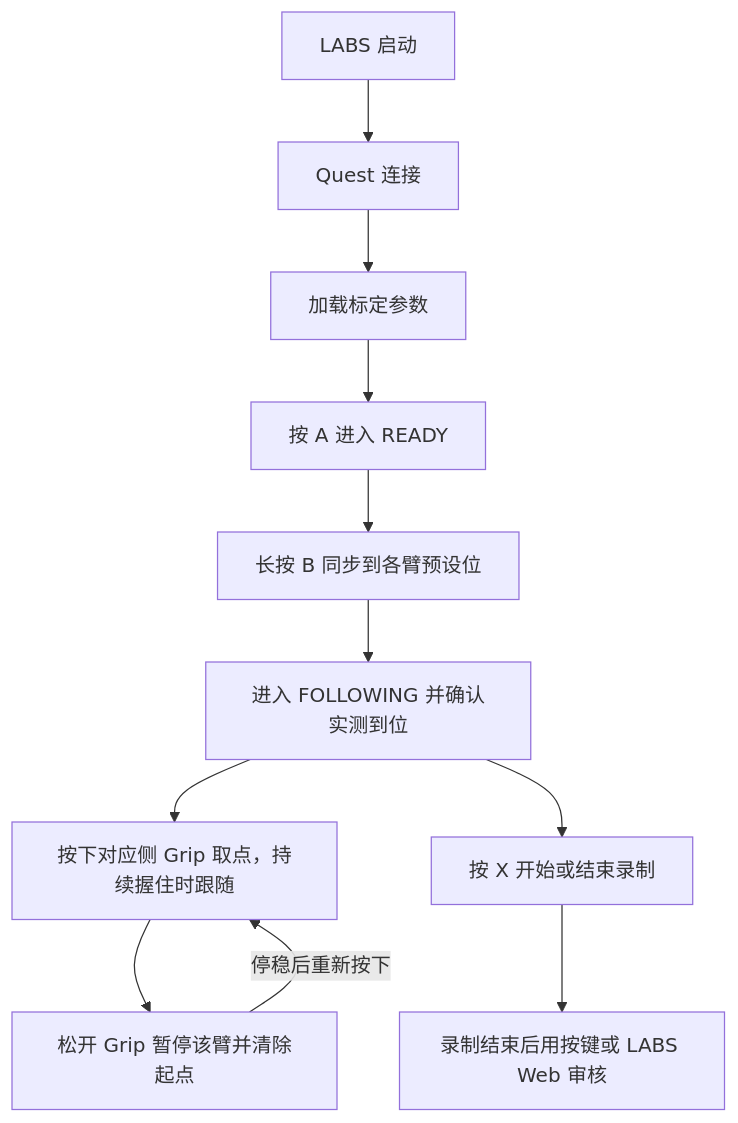
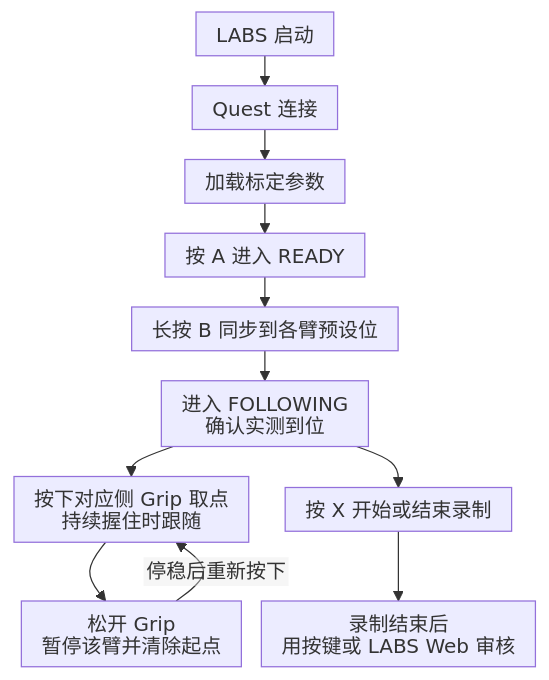
The seventh of 7 diagrams in Quest.md (YYxzz8866/Quest-Proposal), drawn with Mermaid before and after one commit. The commit also changed other lines of this file and 9 other files, not shown here.

````diff
--- a/Quest.md
+++ b/Quest.md
@@ -841,21 +847,22 @@
 ```mermaid
+%%{init: {"htmlLabels": false, "flowchart": {"htmlLabels": false, "useMaxWidth": true, "nodeSpacing": 16, "rankSpacing": 24, "padding": 8}}}%%
 flowchart TD
     N0["LABS 启动"]
     N1["Quest 连接"]
     N2["加载标定参数"]
     N3["按 A 进入 READY"]
     N4["长按 B 同步到各臂预设位"]
-    Arrived["进入 FOLLOWING 并确认实测到位"]
-    N5["按下对应侧 Grip 取点，持续握住时跟随"]
+    Arrived["进入 FOLLOWING<br/>确认实测到位"]
+    N5["按下对应侧 Grip 取点<br/>持续握住时跟随"]
     N6["按 X 开始或结束录制"]
-    N7["松开 Grip 暂停该臂并清除起点"]
-    N8["录制结束后用按键或 LABS Web 审核"]
+    N7["松开 Grip<br/>暂停该臂并清除起点"]
+    N8["录制结束后<br/>用按键或 LABS Web 审核"]
     N0 --> N1
     N1 --> N2
     N2 --> N3
     N3 --> N4
     N4 --> Arrived
     Arrived --> N5 --> N7
     N7 -->|停稳后重新按下| N5
     Arrived --> N6 --> N8
 ```
````
